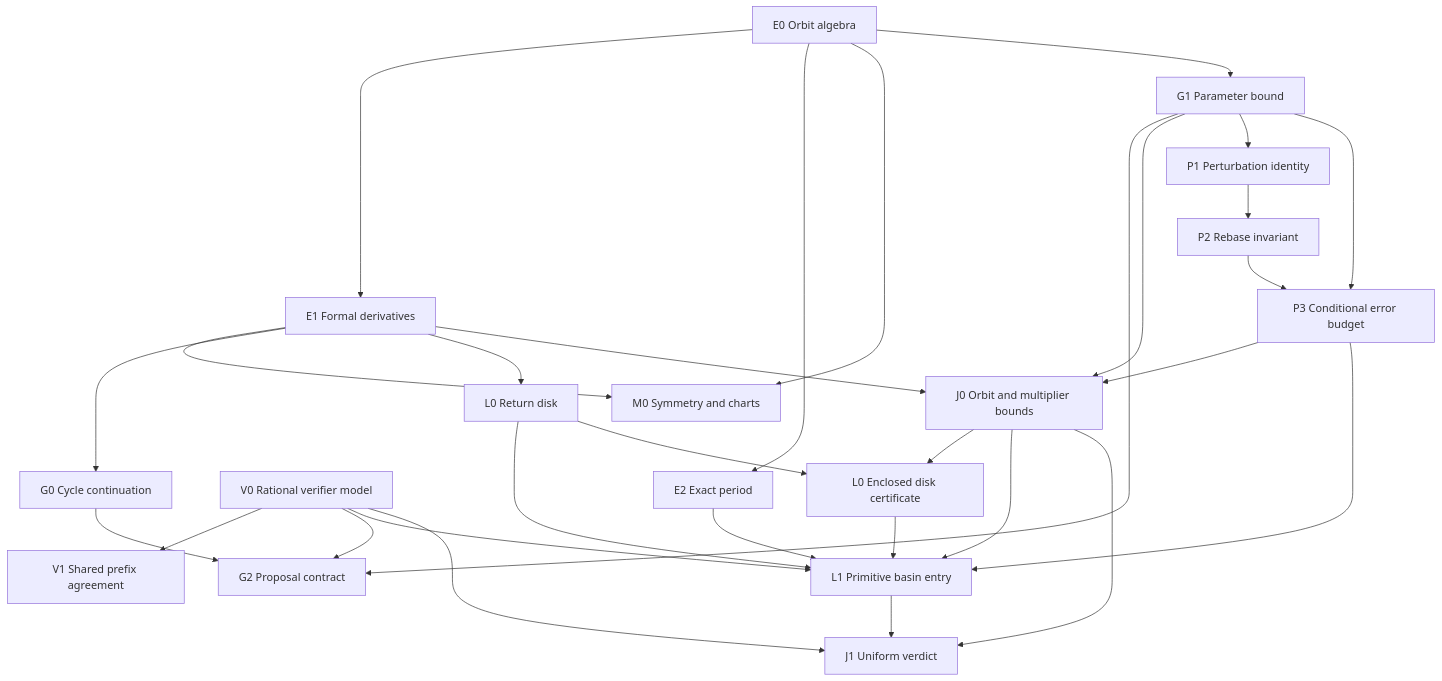
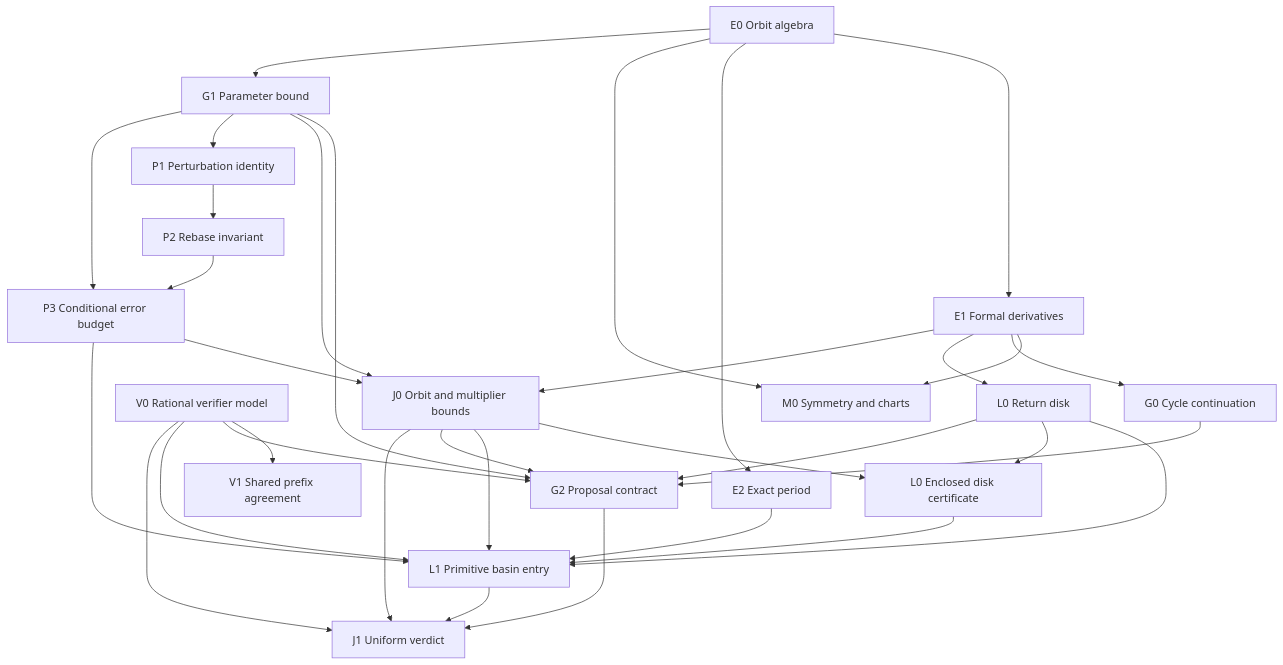
One commit to Aaron-Fine/int-M- changed the diagram in docs/verification/LEAN-PROOF-DAG.md. Above: the diagram before and after it, drawn with Mermaid. The commit also changed other lines of this file and 8 other files, not shown here.

````diff
--- a/docs/verification/LEAN-PROOF-DAG.md
+++ b/docs/verification/LEAN-PROOF-DAG.md
@@ -7,33 +7,36 @@
 ```mermaid
 flowchart TD
   E0["E0 Orbit algebra"] --> E1["E1 Formal derivatives"]
   E0 --> E2["E2 Exact period"]
   E0 --> M0["M0 Symmetry and charts"]
   E1 --> M0
   V0["V0 Rational verifier model"]
   V0 --> V1["V1 Shared prefix agreement"]
   E1 --> G0["G0 Cycle continuation"]
   E0 --> G1["G1 Parameter bound"]
   G0 --> G2["G2 Proposal contract"]
   G1 --> G2
   V0 --> G2
   E1 --> L0["L0 Return disk"]
   E2 --> L1["L1 Primitive basin entry"]
   L0 --> L1
   V0 --> L1
   G1 --> J0["J0 Orbit and multiplier bounds"]
   E1 --> J0
   L0 --> L0C["L0 Enclosed disk certificate"]
   J0 --> L0C
   L0C --> L1
   J0 --> L1
+  J0 --> G2
+  L0 --> G2
   J0 --> J1["J1 Uniform verdict"]
+  G2 --> J1
   L1 --> J1
   V0 --> J1
   G1 --> P1["P1 Perturbation identity"]
   P1 --> P2["P2 Rebase invariant"]
   P2 --> P3["P3 Conditional error budget"]
   G1 --> P3
   P3 --> J0
   P3 --> L1
 ```
````
